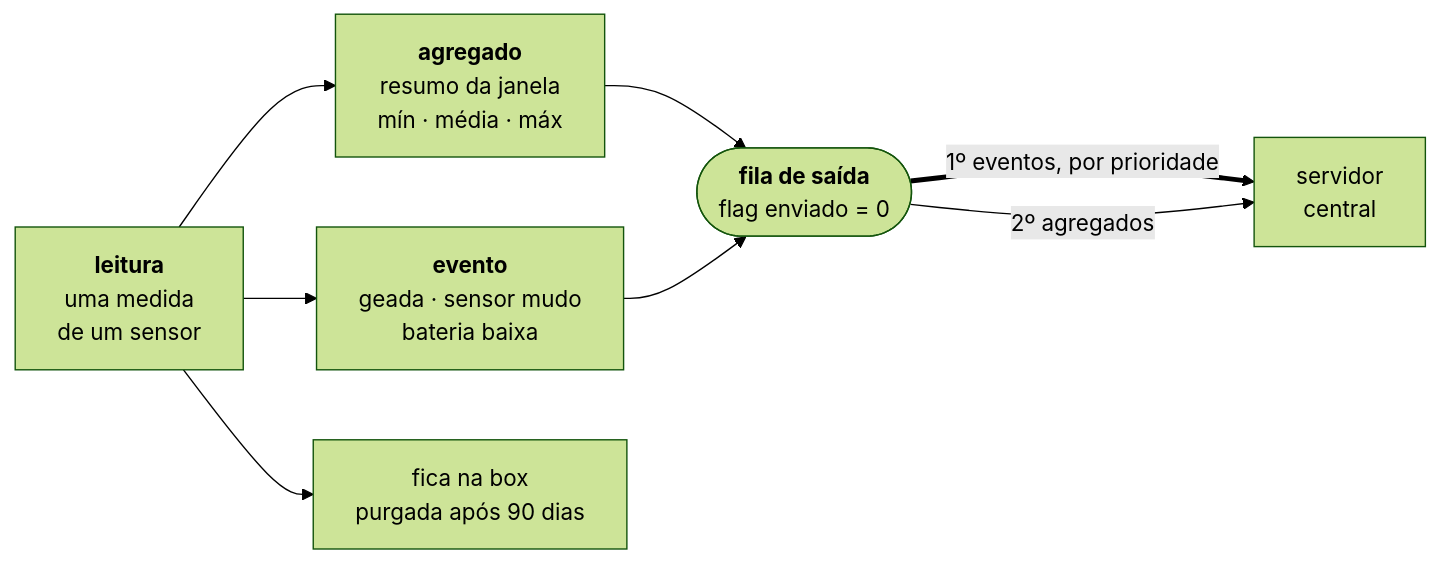
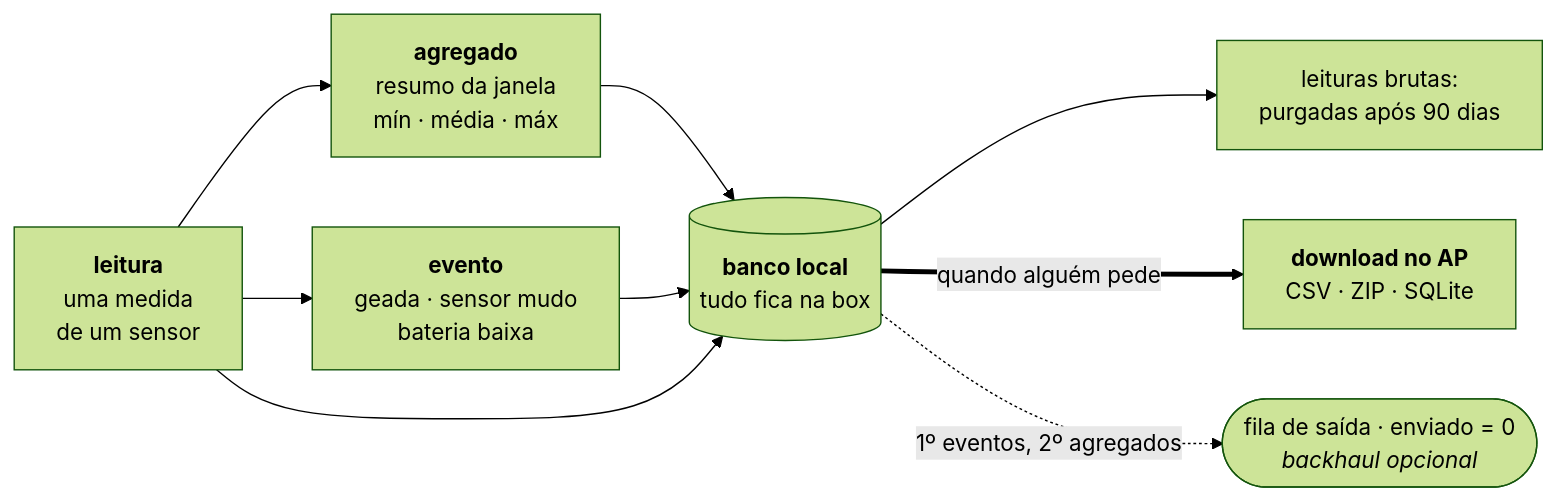
Before and after one commit to gasiepgodoy/Hackathon-TV-Box-E10: the second of 2 diagrams in Projeto Equipe 6/README.md, drawn with Mermaid (forest theme). The commit also changed other lines of this file and 15 other files, not shown here.

````diff
--- a/Projeto Equipe 6/README.md
+++ b/Projeto Equipe 6/README.md
@@ -81,15 +116,16 @@
 ```mermaid
 flowchart LR
     L["<b>leitura</b><br/>uma medida<br/>de um sensor"]
     A["<b>agregado</b><br/>resumo da janela<br/>mín · média · máx"]
     E["<b>evento</b><br/>geada · sensor mudo<br/>bateria baixa"]
-    F(["<b>fila de saída</b><br/>flag enviado = 0"])
-    S["servidor<br/>central"]
-    X["fica na box<br/>purgada após 90 dias"]
+    B[("<b>banco local</b><br/>tudo fica na box")]
+    D["<b>download no AP</b><br/>CSV · ZIP · SQLite"]
+    F(["fila de saída · enviado = 0<br/><i>backhaul opcional</i>"])
+    X["leituras brutas:<br/>purgadas após 90 dias"]
 
-    L --> A --> F
-    L --> E --> F
-    L --> X
-    F ==>|"1º eventos, por prioridade"| S
-    F -->|"2º agregados"| S
+    L --> A --> B
+    L --> E --> B
+    L --> B --> X
+    B ==>|"quando alguém pede"| D
+    B -.->|"1º eventos, 2º agregados"| F
 ```
````
